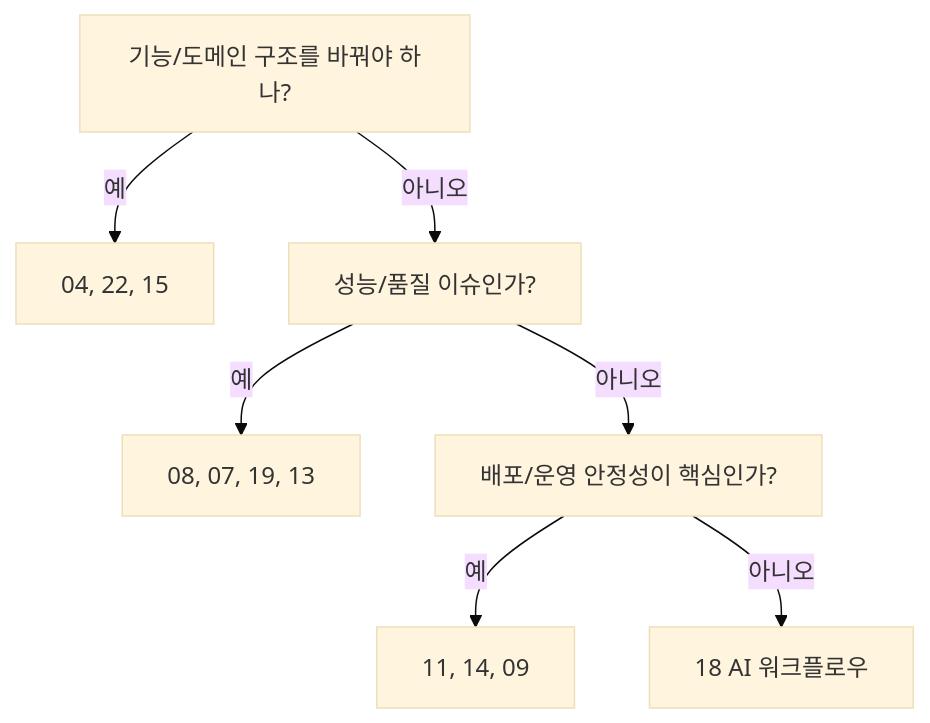
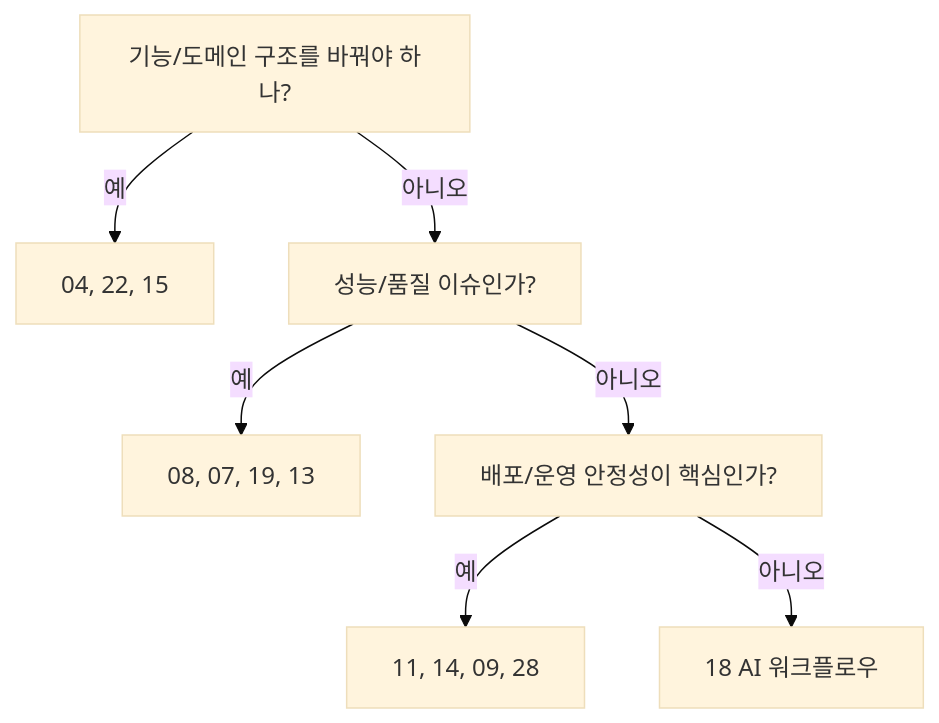
The sixth of 9 diagrams in public/개발가이드/00_종합_가이드_목차.md (blue45f/heejun), drawn with Mermaid (base theme) before and after one commit. The commit also changed other lines of this file and 6 other files, not shown here.

````diff
--- a/public/개발가이드/00_종합_가이드_목차.md
+++ b/public/개발가이드/00_종합_가이드_목차.md
@@ -294,9 +296,9 @@
 ```mermaid
 flowchart TD
   A2["기능/도메인 구조를 바꿔야 하나?"] -->|예| B2["04, 22, 15"]
   A2 -->|아니오| C2["성능/품질 이슈인가?"]
   C2 -->|예| D2["08, 07, 19, 13"]
   C2 -->|아니오| E2["배포/운영 안정성이 핵심인가?"]
-  E2 -->|예| F2["11, 14, 09"]
+  E2 -->|예| F2["11, 14, 09, 28"]
   E2 -->|아니오| G2["18 AI 워크플로우"]
 ```
````
